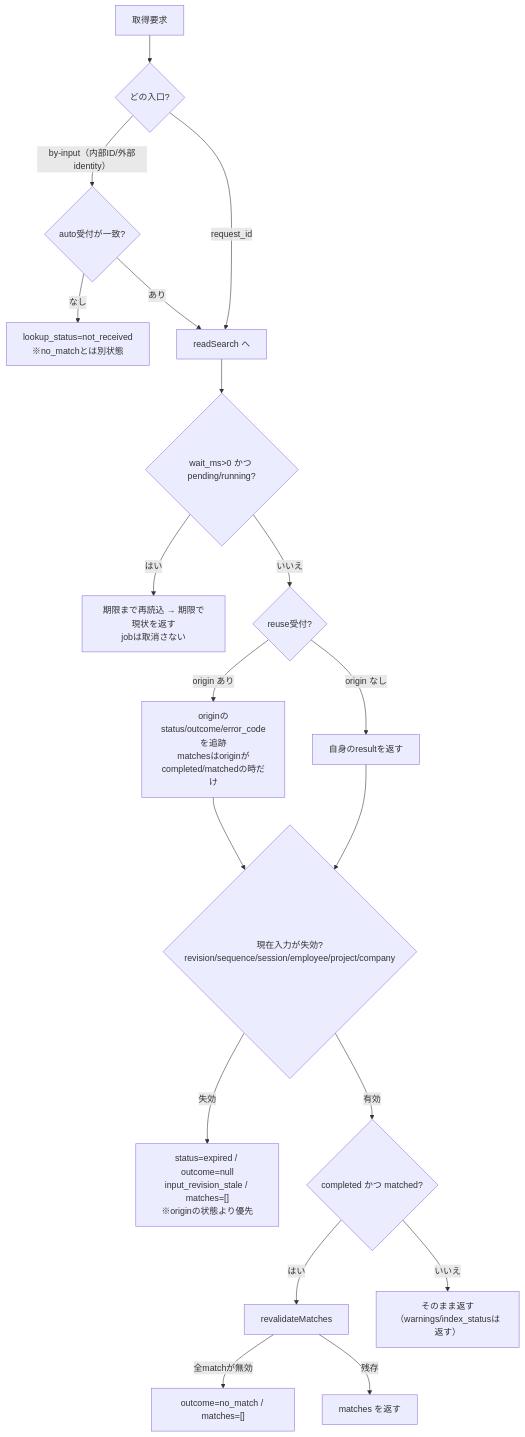
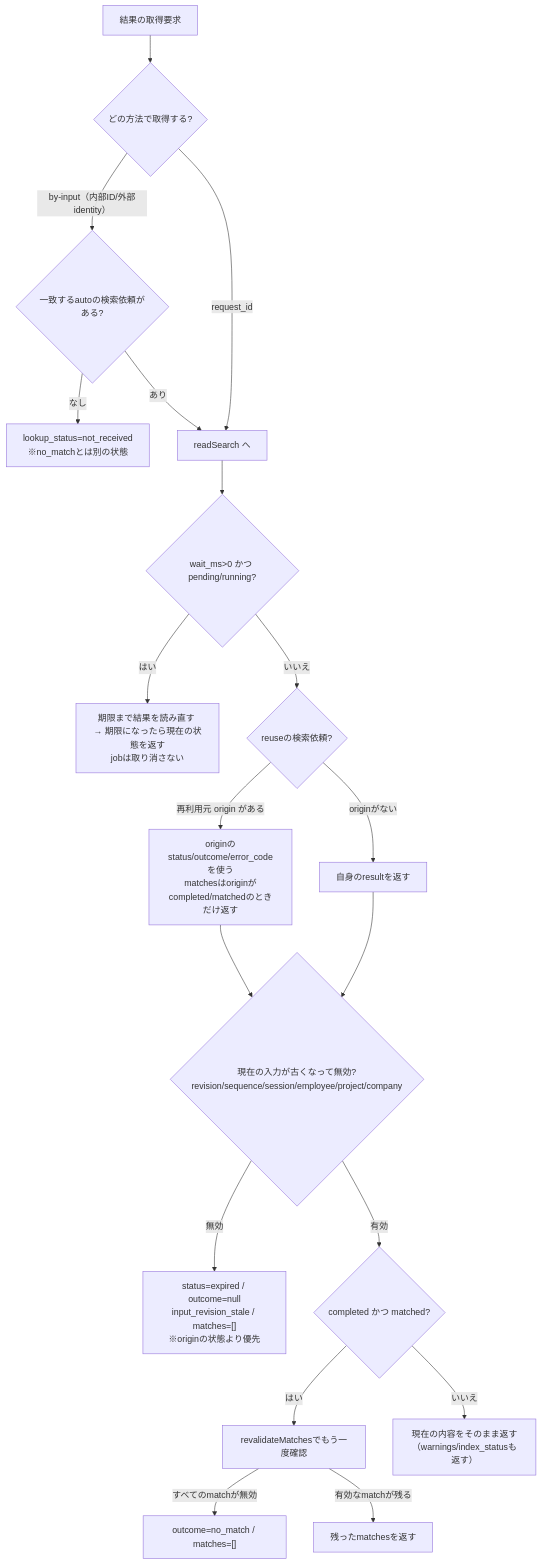
Before and after one commit to k2-dev0/yori: the third of 3 diagrams in search-flow.md, drawn with Mermaid. The commit also changed other lines of this file, not shown here.

Commit message:
search-flow.md: 説明を分かりやすい言葉に変更

````diff
--- a/search-flow.md
+++ b/search-flow.md
@@ -74,21 +74,21 @@
 ```mermaid
 flowchart TB
-  S["取得要求"] --> T{"どの入口?"}
-  T -->|"by-input（内部ID/外部identity）"| U{"auto受付が一致?"}
-  U -->|なし| NR["lookup_status=not_received<br/>※no_matchとは別状態"]
+  S["結果の取得要求"] --> T{"どの方法で取得する?"}
+  T -->|"by-input（内部ID/外部identity）"| U{"一致するautoの検索依頼がある?"}
+  U -->|なし| NR["lookup_status=not_received<br/>※no_matchとは別の状態"]
   U -->|あり| V["readSearch へ"]
   T -->|"request_id"| V
   V --> W{"wait_ms>0 かつ pending/running?"}
-  W -->|はい| X["期限まで再読込 → 期限で現状を返す<br/>jobは取消さない"]
-  W -->|いいえ| Y{"reuse受付?"}
-  Y -->|"origin あり"| Z["originのstatus/outcome/error_codeを追跡<br/>matchesはoriginがcompleted/matchedの時だけ"]
-  Y -->|"origin なし"| AA["自身のresultを返す"]
-  Z --> AB{"現在入力が失効?<br/>revision/sequence/session/employee/project/company"}
+  W -->|はい| X["期限まで結果を読み直す → 期限になったら現在の状態を返す<br/>jobは取り消さない"]
+  W -->|いいえ| Y{"reuseの検索依頼?"}
+  Y -->|"再利用元 origin がある"| Z["originのstatus/outcome/error_codeを使う<br/>matchesはoriginがcompleted/matchedのときだけ返す"]
+  Y -->|"originがない"| AA["自身のresultを返す"]
+  Z --> AB{"現在の入力が古くなって無効?<br/>revision/sequence/session/employee/project/company"}
   AA --> AB
-  AB -->|失効| AC["status=expired / outcome=null<br/>input_revision_stale / matches=[]<br/>※originの状態より優先"]
+  AB -->|無効| AC["status=expired / outcome=null<br/>input_revision_stale / matches=[]<br/>※originの状態より優先"]
   AB -->|有効| AD{"completed かつ matched?"}
-  AD -->|はい| AE["revalidateMatches"]
-  AD -->|いいえ| AF["そのまま返す（warnings/index_statusは返す）"]
-  AE -->|"全matchが無効"| AG["outcome=no_match / matches=[]"]
-  AE -->|"残存"| AH["matches を返す"]
+  AD -->|はい| AE["revalidateMatchesでもう一度確認"]
+  AD -->|いいえ| AF["現在の内容をそのまま返す<br/>（warnings/index_statusも返す）"]
+  AE -->|"すべてのmatchが無効"| AG["outcome=no_match / matches=[]"]
+  AE -->|"有効なmatchが残る"| AH["残ったmatchesを返す"]
 ```
````
